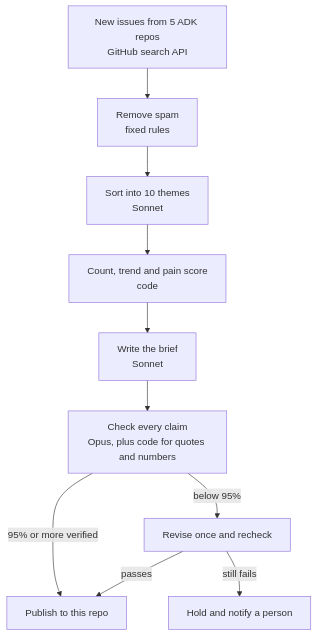
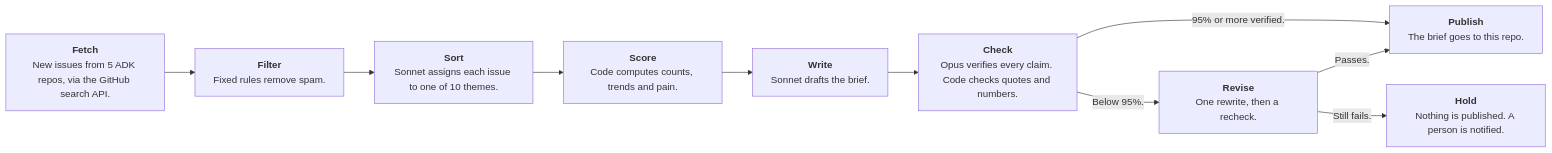
Before and after one commit to BishopSlice/adk-voc: the first of 2 diagrams in README.md, drawn with Mermaid. The commit also changed other lines of this file, not shown here.

Commit message:
README: horizontal diagrams with titled steps; link to PM Factory

````diff
--- a/README.md
+++ b/README.md
@@ -28,12 +28,21 @@
 ```mermaid
-flowchart TD
-  A["New issues from 5 ADK repos<br/>GitHub search API"] --> B["Remove spam<br/>fixed rules"]
-  B --> C["Sort into 10 themes<br/>Sonnet"]
-  C --> D["Count, trend and pain score<br/>code"]
-  D --> E["Write the brief<br/>Sonnet"]
-  E --> F["Check every claim<br/>Opus, plus code for quotes and numbers"]
-  F -->|"95% or more verified"| G["Publish to this repo"]
-  F -->|"below 95%"| H["Revise once and recheck"]
-  H -->|"passes"| G
-  H -->|"still fails"| I["Hold and notify a person"]
+flowchart LR
+  A["`**Fetch**
+  New issues from 5 ADK repos, via the GitHub search API.`"] --> B["`**Filter**
+  Fixed rules remove spam.`"]
+  B --> C["`**Sort**
+  Sonnet assigns each issue to one of 10 themes.`"]
+  C --> D["`**Score**
+  Code computes counts, trends and pain.`"]
+  D --> E["`**Write**
+  Sonnet drafts the brief.`"]
+  E --> F["`**Check**
+  Opus verifies every claim. Code checks quotes and numbers.`"]
+  F -->|"95% or more verified."| G["`**Publish**
+  The brief goes to this repo.`"]
+  F -->|"Below 95%."| H["`**Revise**
+  One rewrite, then a recheck.`"]
+  H -->|"Passes."| G
+  H -->|"Still fails."| I["`**Hold**
+  Nothing is published. A person is notified.`"]
 ```
````
